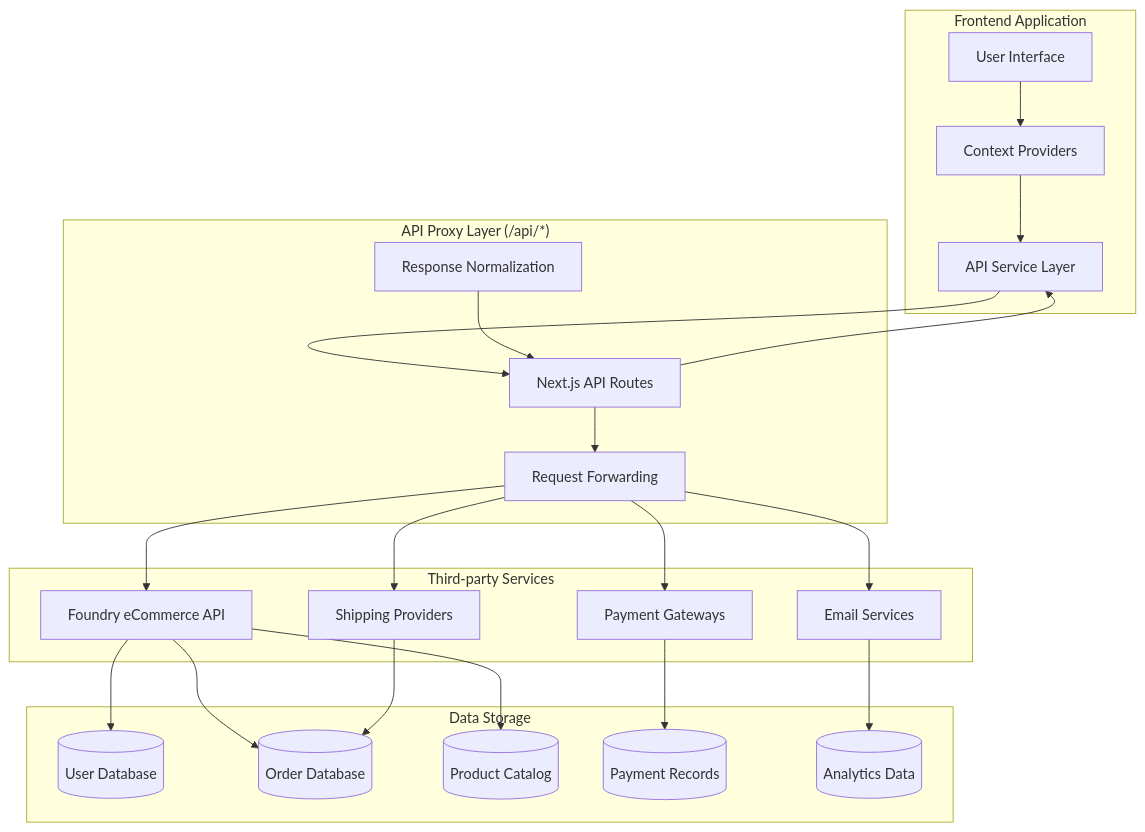
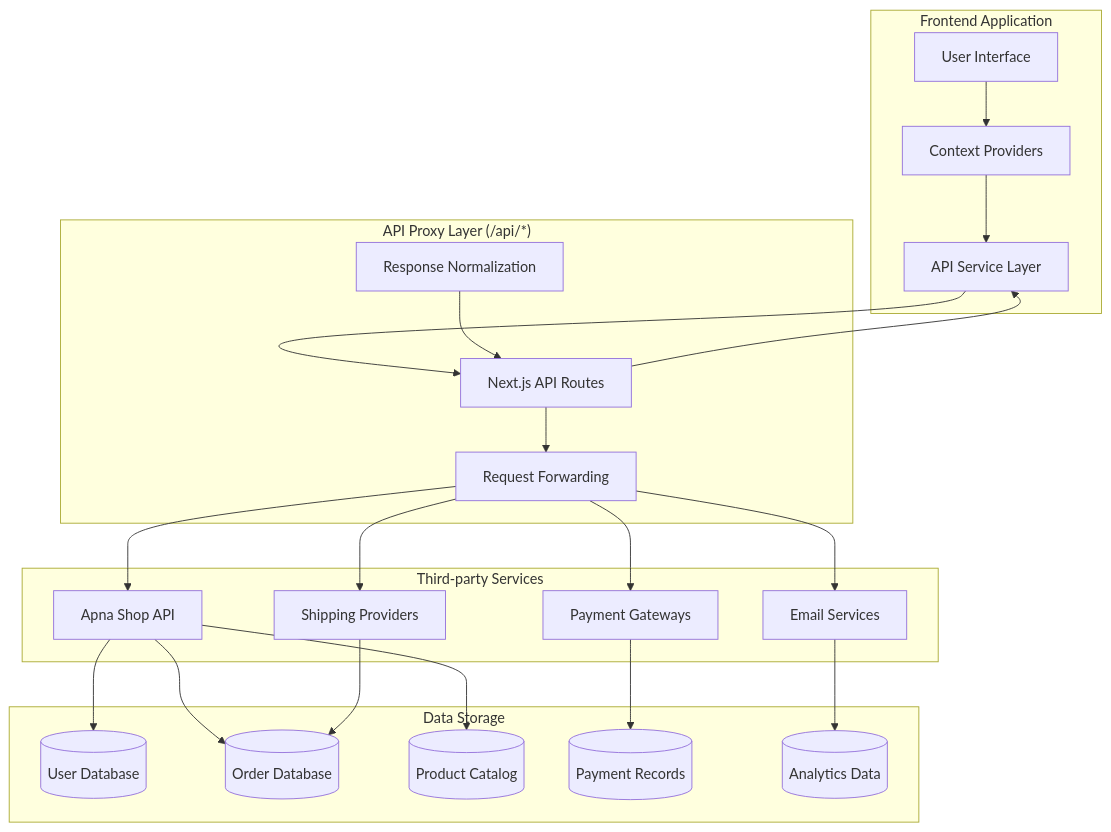
One commit to vikas-srivastava/apna-shop-next-js changed diagram 12 of 15 in docs/module-flows.md. Above: the diagram before and after it, drawn with Mermaid. The commit also changed other lines of this file and 16 other files, not shown here.

````diff
--- a/docs/module-flows.md
+++ b/docs/module-flows.md
@@ -259,48 +259,48 @@
 ```mermaid
 graph TD
     subgraph "Frontend Application"
         A[User Interface]
         B[API Service Layer]
         C[Context Providers]
     end
 
     subgraph "API Proxy Layer (/api/*)"
         D[Next.js API Routes]
         E[Request Forwarding]
         F[Response Normalization]
     end
 
     subgraph "Third-party Services"
-        G[Foundry eCommerce API]
+        G[Apna Shop API]
         H[Payment Gateways]
         I[Shipping Providers]
         J[Email Services]
     end
 
     subgraph "Data Storage"
         K[(User Database)]
         L[(Order Database)]
         M[(Product Catalog)]
         N[(Payment Records)]
         O[(Analytics Data)]
     end
 
     A --> C
     C --> B
     B --> D
     D --> E
     E --> G
     E --> H
     E --> I
     E --> J
 
     G --> K
     G --> L
     G --> M
     H --> N
     I --> L
     J --> O
 
     F --> D
     D --> B
 ```
````
